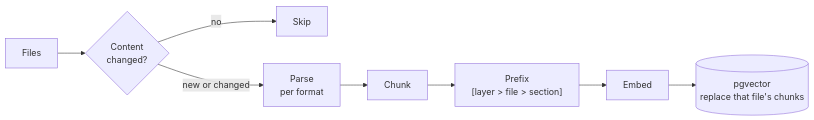
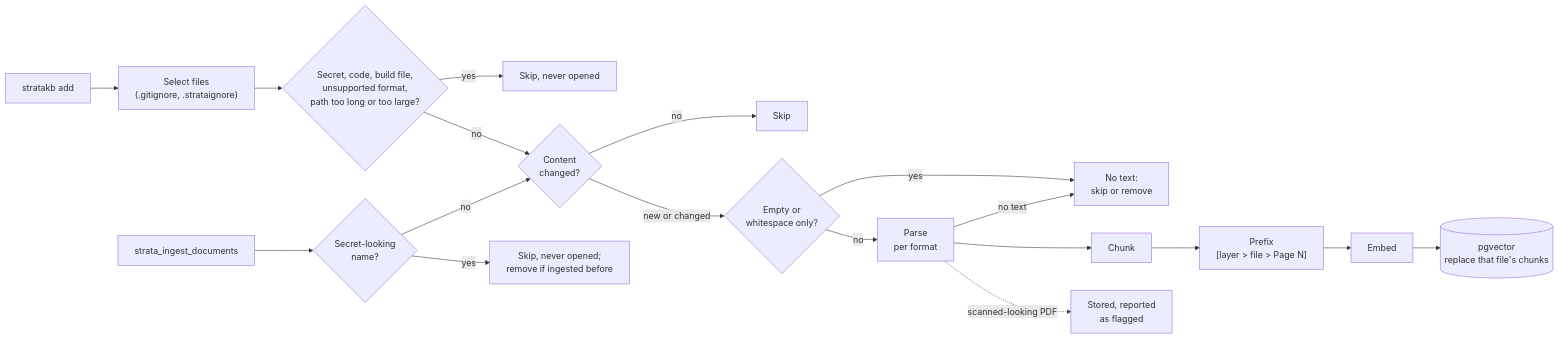
The fourth of 10 diagrams in README.md (boudou/StrataKB), drawn with Mermaid before and after one commit. The commit also changed other lines of this file and 71 other files, not shown here.

First line of the commit message:
Five-minute start: stratakb add, config.env, local-only mode, safer SQL tools (#106)

````diff
--- a/README.md
+++ b/README.md
@@ -45,6 +116,16 @@
 ```mermaid
 flowchart LR
-    f["Files"] --> h{"Content<br/>changed?"}
+    add["stratakb add"] --> sel["Select files<br/>(.gitignore, .strataignore)"] --> pol{"Secret, code, build file,<br/>unsupported format,<br/>path too long or too large?"}
+    pol -->|"yes"| k["Skip, never opened"]
+    pol -->|"no"| h
+    f["strata_ingest_documents"] --> n{"Secret-looking<br/>name?"}
+    n -->|"yes"| k2["Skip, never opened;<br/>remove if ingested before"]
+    n -->|"no"| h{"Content<br/>changed?"}
     h -->|"no"| s["Skip"]
-    h -->|"new or changed"| p["Parse<br/>per format"] --> c["Chunk"] --> x["Prefix<br/>[layer > file > section]"] --> e["Embed"] --> v[("pgvector<br/>replace that file's chunks")]
+    h -->|"new or changed"| z{"Empty or<br/>whitespace only?"}
+    z -->|"yes"| t["No text:<br/>skip or remove"]
+    z -->|"no"| p["Parse<br/>per format"]
+    p -->|"no text"| t
+    p --> c["Chunk"] --> x["Prefix<br/>[layer > file > Page N]"] --> e["Embed"] --> v[("pgvector<br/>replace that file's chunks")]
+    p -.->|"scanned-looking PDF"| fl["Stored, reported<br/>as flagged"]
 ```
````
